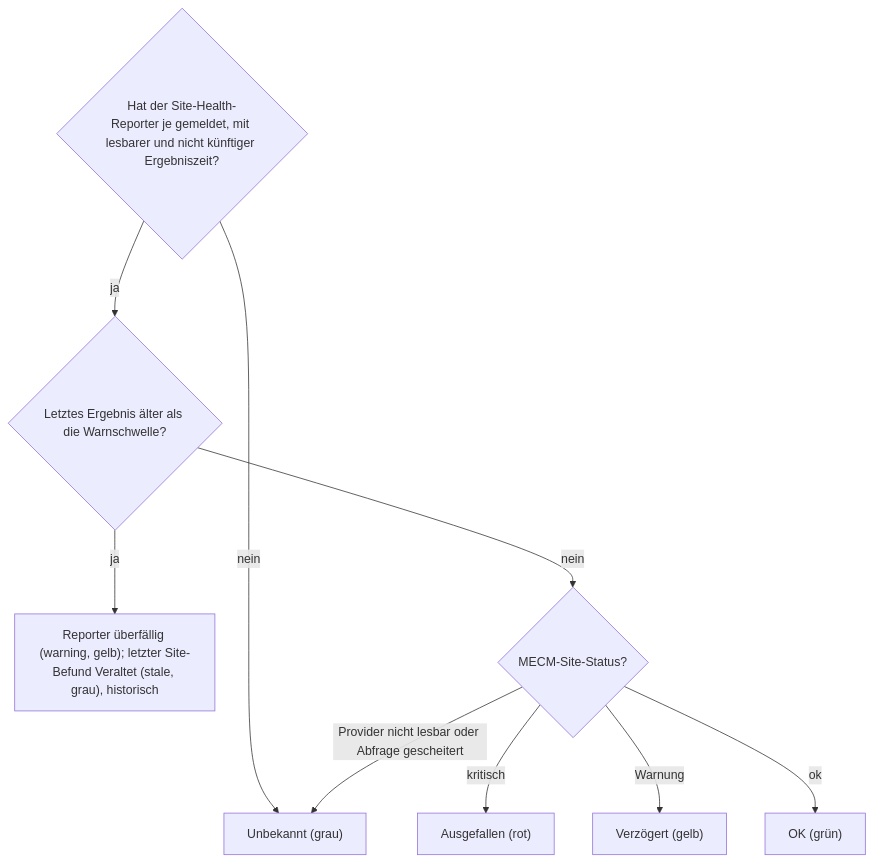
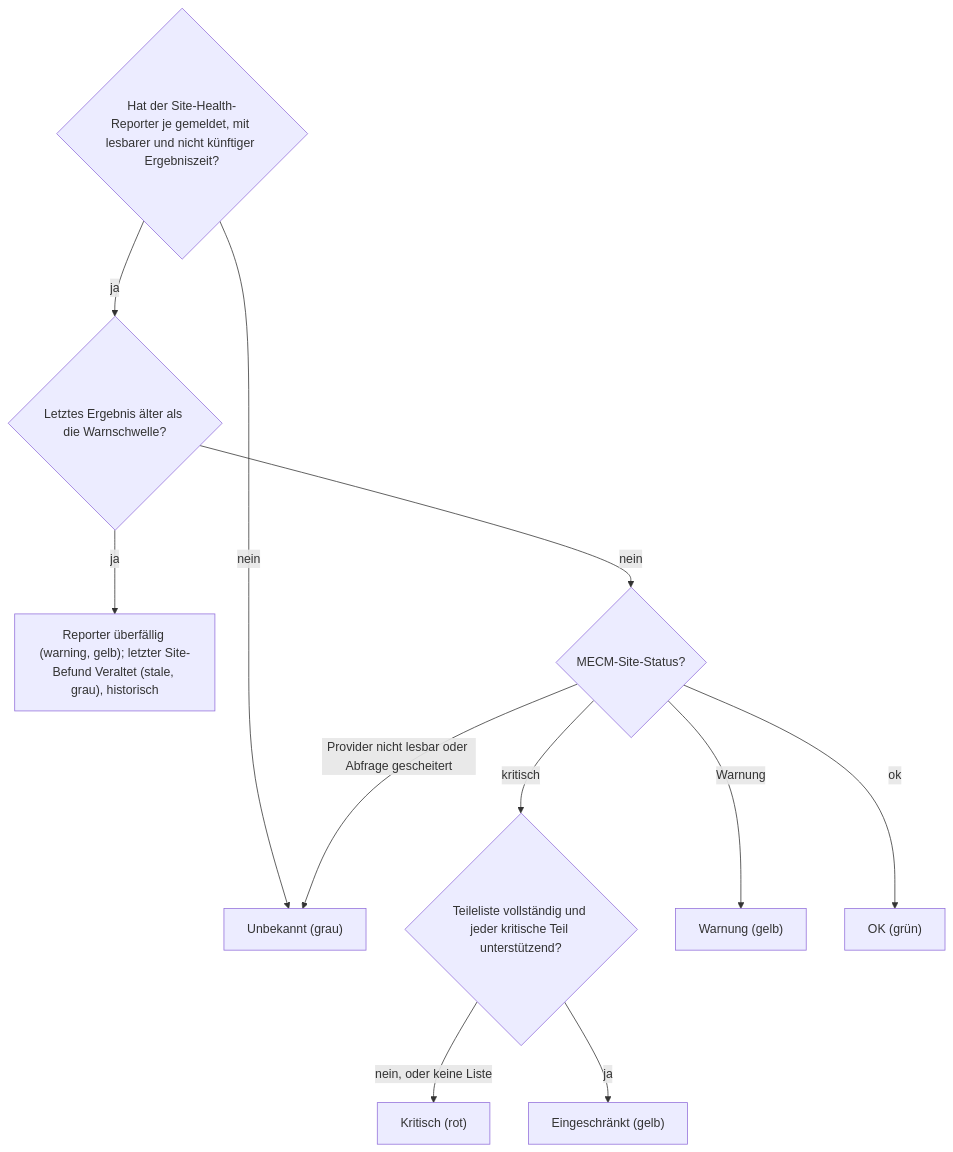
Before and after one commit to Samy94M/VirtuSphere-v2-WebApp: the third of 9 diagrams in docs/operations/system-status-checks.md, drawn with Mermaid. The commit also changed other lines of this file and 33 other files, not shown here.

````diff
--- a/docs/operations/system-status-checks.md
+++ b/docs/operations/system-status-checks.md
@@ -93,11 +93,13 @@
 ```mermaid
 flowchart TD
   A{"Hat der Site-Health-Reporter je gemeldet, mit lesbarer und nicht künftiger Ergebniszeit?"} -->|nein| UK["Unbekannt (grau)"]
   A -->|ja| S{"Letztes Ergebnis älter als die Warnschwelle?"}
   S -->|ja| SS["Reporter überfällig (warning, gelb); letzter Site-Befund Veraltet (stale, grau), historisch"]
   S -->|nein| SC{"MECM-Site-Status?"}
-  SC -->|kritisch| RD["Ausgefallen (rot)"]
-  SC -->|Warnung| YL["Verzögert (gelb)"]
+  SC -->|kritisch| PT{"Teileliste vollständig und jeder kritische Teil unterstützend?"}
+  PT -->|nein, oder keine Liste| RD["Kritisch (rot)"]
+  PT -->|ja| LM["Eingeschränkt (gelb)"]
+  SC -->|Warnung| YL["Warnung (gelb)"]
   SC -->|ok| GR["OK (grün)"]
   SC -->|Provider nicht lesbar oder Abfrage gescheitert| UK
 ```
````
